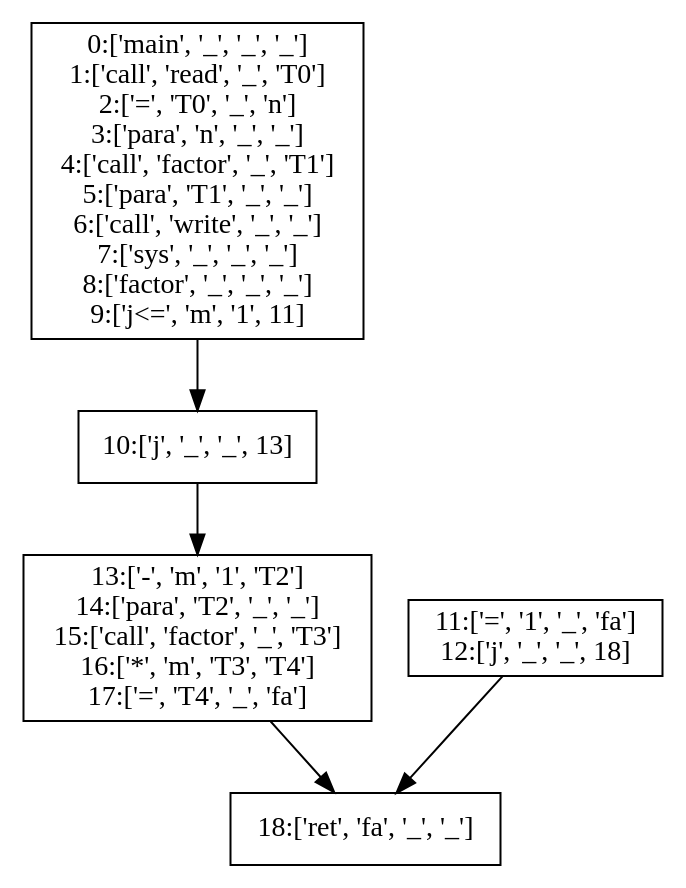
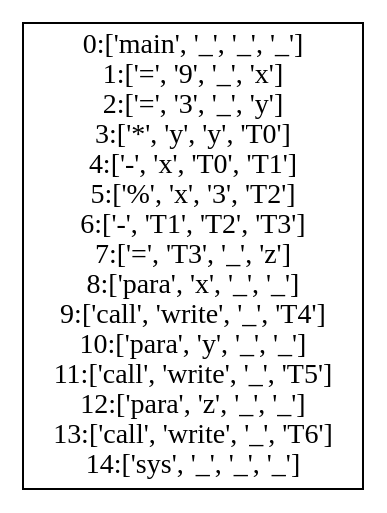
Before and after one commit to hutao99/compiler: the diagram in Basic_Block/basic_block.gv, drawn with Graphviz. The commit also changed 5 other files, not shown here.

```diff
--- a/Basic_Block/basic_block.gv
+++ b/Basic_Block/basic_block.gv
@@ -1,31 +1,19 @@
 // Basic_Block
 digraph "./Basic_Block/basic_block" {
 	0 [label="0:['main', '_', '_', '_']
-1:['call', 'read', '_', 'T0']
-2:['=', 'T0', '_', 'n']
-3:['para', 'n', '_', '_']
-4:['call', 'factor', '_', 'T1']
-5:['para', 'T1', '_', '_']
-6:['call', 'write', '_', '_']
-7:['sys', '_', '_', '_']
-8:['factor', '_', '_', '_']
-9:['j<=', 'm', '1', 11]
+1:['=', '9', '_', 'x']
+2:['=', '3', '_', 'y']
+3:['*', 'y', 'y', 'T0']
+4:['-', 'x', 'T0', 'T1']
+5:['%', 'x', '3', 'T2']
+6:['-', 'T1', 'T2', 'T3']
+7:['=', 'T3', '_', 'z']
+8:['para', 'x', '_', '_']
+9:['call', 'write', '_', 'T4']
+10:['para', 'y', '_', '_']
+11:['call', 'write', '_', 'T5']
+12:['para', 'z', '_', '_']
+13:['call', 'write', '_', 'T6']
+14:['sys', '_', '_', '_']
 " fontname=SimHei shape=rectangle]
-	1 [label="10:['j', '_', '_', 13]
-" fontname=SimHei shape=rectangle]
-	2 [label="11:['=', '1', '_', 'fa']
-12:['j', '_', '_', 18]
-" fontname=SimHei shape=rectangle]
-	3 [label="13:['-', 'm', '1', 'T2']
-14:['para', 'T2', '_', '_']
-15:['call', 'factor', '_', 'T3']
-16:['*', 'm', 'T3', 'T4']
-17:['=', 'T4', '_', 'fa']
-" fontname=SimHei shape=rectangle]
-	4 [label="18:['ret', 'fa', '_', '_']
-" fontname=SimHei shape=rectangle]
-	0 -> 1
-	1 -> 3
-	2 -> 4
-	3 -> 4
 }
```
